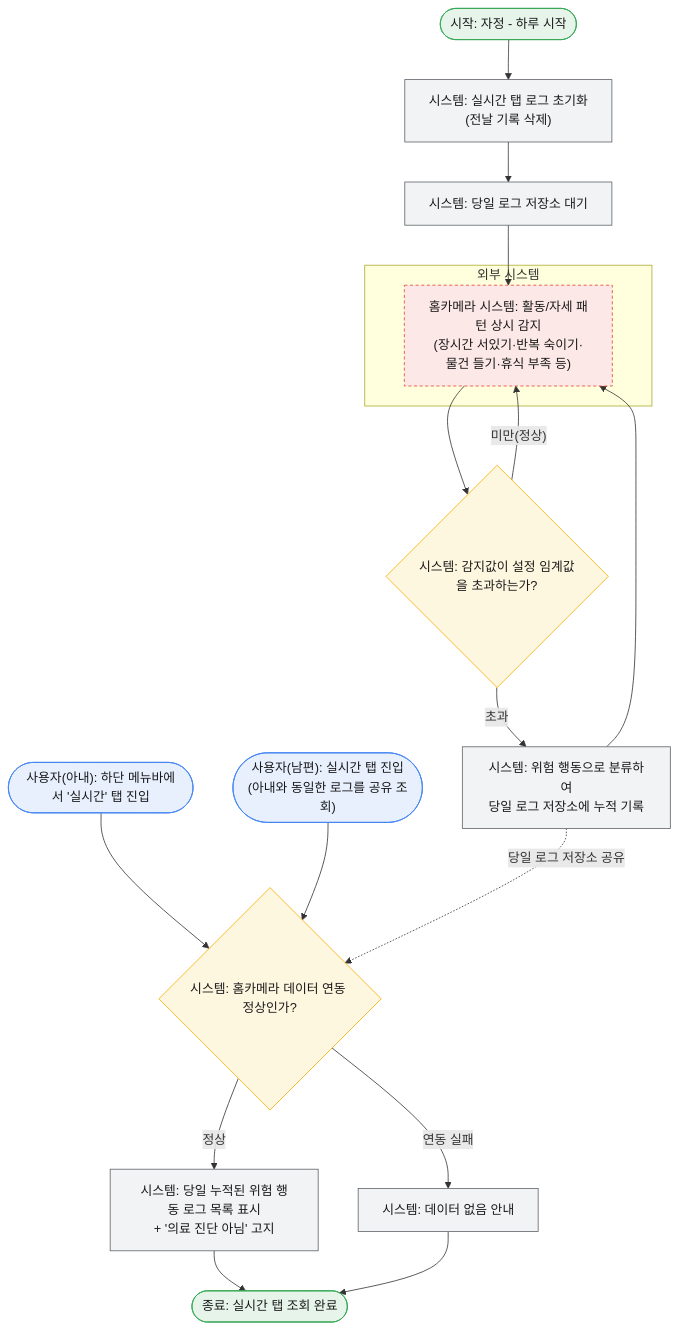
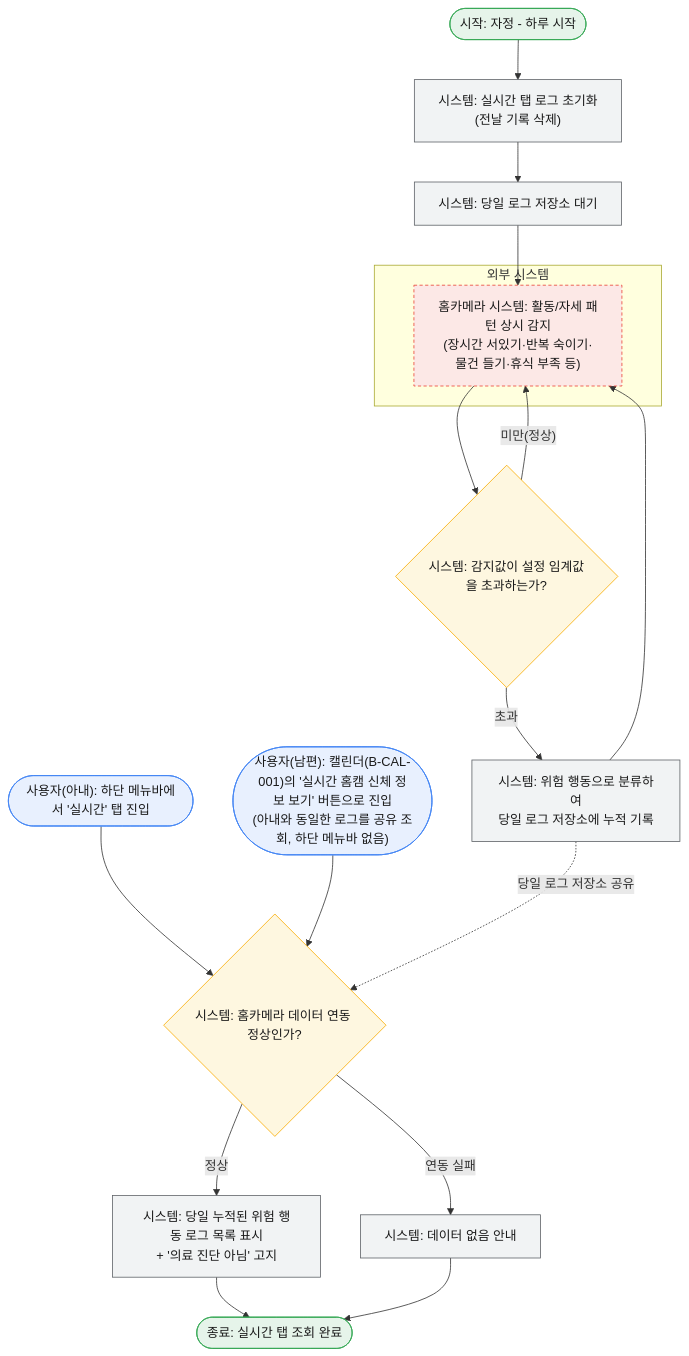
Before and after one commit to lgdxDORAEMI/PLM: the diagram in docs/서비스흐름도/08_실시간탭위험행동로그.mmd, drawn with Mermaid. The commit also changed 11 other files, not shown here.

```diff
--- a/docs/서비스흐름도/08_실시간탭위험행동로그.mmd
+++ b/docs/서비스흐름도/08_실시간탭위험행동로그.mmd
@@ -1,34 +1,36 @@
 %% 서비스 흐름도: 실시간 탭 - 위험 행동 로그 (홈카메라 모션 모니터링)
-%% 관련 기능: W-MOTION-001 / 관련 UC: UC13 (Phase 2, MVP 제외)
-%% 특징: 임계값 초과 상황만 위험 행동으로 분류해 로그 기록, 하루 동안의 기록만 유지(자정 초기화), 하단 메뉴바를 통해서만 진입
+%% 관련 기능: B-MOTION-001 / 관련 UC: UC13 (Phase 2, MVP 제외)
+%% 특징: 임계값 초과 상황만 위험 행동으로 분류해 로그 기록, 하루 동안의 기록만 유지(자정 초기화)
+%% 진입 경로 차이: 아내는 하단 메뉴바 '실시간' 탭으로만 진입. 남편은 하단 메뉴바가 없어
+%%                컨디션 캘린더(B-CAL-001) 화면의 '실시간 홈캠 신체 정보 보기' 버튼으로만 진입한다.
 flowchart TD
     classDef user fill:#E8F0FE,stroke:#4285F4,color:#1a1a1a;
     classDef system fill:#F1F3F4,stroke:#5f6368,color:#1a1a1a;
     classDef decision fill:#FEF7E0,stroke:#F9AB00,color:#1a1a1a;
     classDef terminal fill:#E6F4EA,stroke:#34A853,color:#1a1a1a;
     classDef external fill:#FCE8E6,stroke:#EA4335,color:#1a1a1a,stroke-dasharray: 4 3;
 
     Start(["시작: 자정 - 하루 시작"]):::terminal --> R["시스템: 실시간 탭 로그 초기화<br/>(전날 기록 삭제)"]:::system
     R --> Loop["시스템: 당일 로그 저장소 대기"]:::system
 
     subgraph EXT["외부 시스템"]
         Cam["홈카메라 시스템: 활동/자세 패턴 상시 감지<br/>(장시간 서있기·반복 숙이기·물건 들기·휴식 부족 등)"]:::external
     end
 
     Loop --> Cam
     Cam --> D{"시스템: 감지값이 설정 임계값을 초과하는가?"}:::decision
     D -- 미만(정상) --> Cam
     D -- 초과 --> L["시스템: 위험 행동으로 분류하여<br/>당일 로그 저장소에 누적 기록"]:::system
     L --> Cam
 
     U_W(["사용자(아내): 하단 메뉴바에서 '실시간' 탭 진입"]):::user
-    U_H(["사용자(남편): 실시간 탭 진입<br/>(아내와 동일한 로그를 공유 조회)"]):::user
+    U_H(["사용자(남편): 캘린더(B-CAL-001)의 '실시간 홈캠 신체 정보 보기' 버튼으로 진입<br/>(아내와 동일한 로그를 공유 조회, 하단 메뉴바 없음)"]):::user
     U_W --> V{"시스템: 홈카메라 데이터 연동 정상인가?"}:::decision
     U_H --> V
     V -- 정상 --> W["시스템: 당일 누적된 위험 행동 로그 목록 표시<br/>+ '의료 진단 아님' 고지"]:::system
     V -- 연동 실패 --> X["시스템: 데이터 없음 안내"]:::system
 
     L -.당일 로그 저장소 공유.-> V
 
     W --> End(["종료: 실시간 탭 조회 완료"]):::terminal
     X --> End
```
